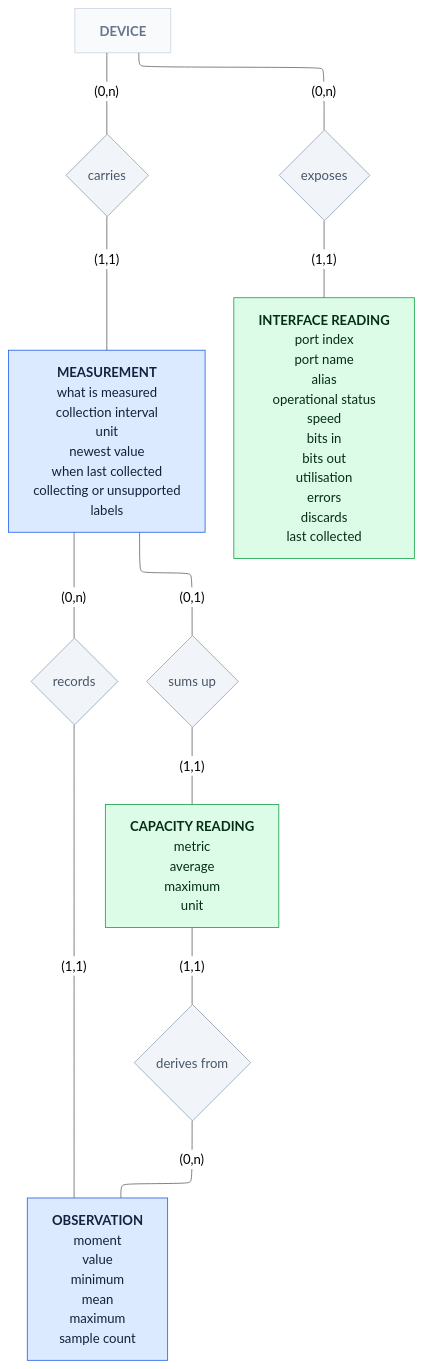
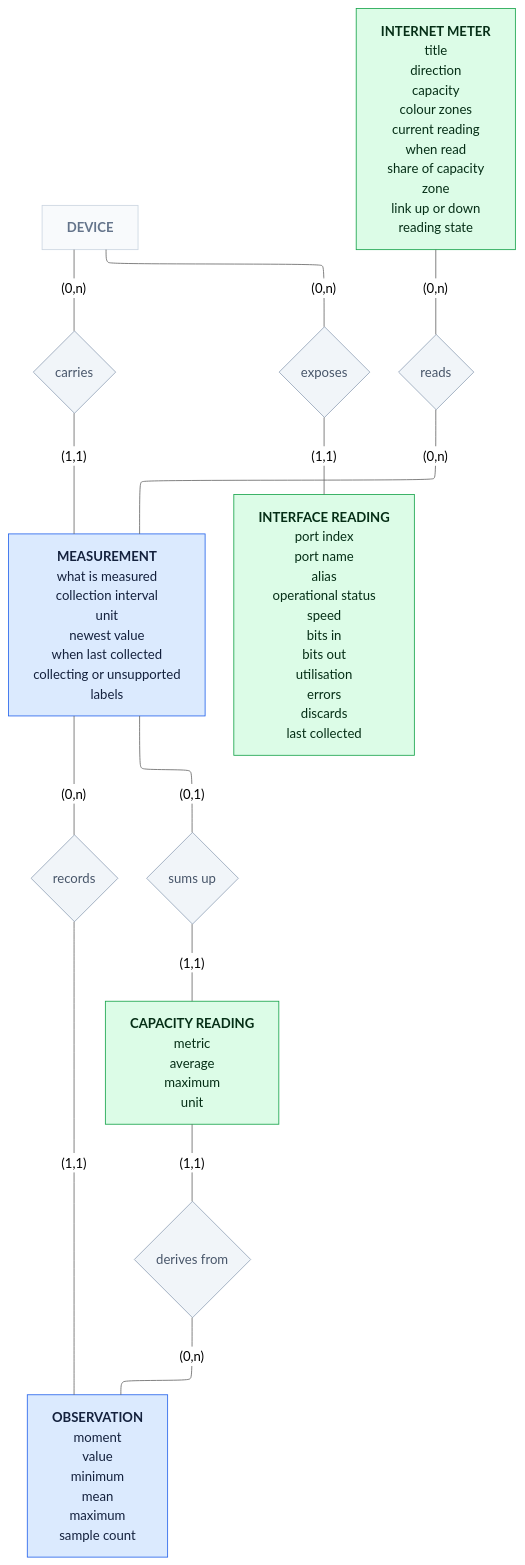
Before and after one commit to Fxkra28/Dashboard-Zabbix-Prototype: the third of 7 diagrams in docs/erd/conceptual/ERD-Conceptual.md, drawn with Mermaid (neutral theme). The commit also changed other lines of this file and 71 other files, not shown here.

````diff
--- a/docs/erd/conceptual/ERD-Conceptual.md
+++ b/docs/erd/conceptual/ERD-Conceptual.md
@@ -152,40 +152,44 @@
 ```mermaid
 ---
 config:
   layout: elk
 ---
 flowchart TB
     DEVICE["<b>DEVICE</b>"]
     MEASUREMENT["<b>MEASUREMENT</b><br>what is measured<br>collection interval<br>unit<br>newest value<br>when last collected<br>collecting or unsupported<br>labels"]
     OBSERVATION["<b>OBSERVATION</b><br>moment<br>value<br>minimum<br>mean<br>maximum<br>sample count"]
     INTERFACE_READING["<b>INTERFACE READING</b><br>port index<br>port name<br>alias<br>operational status<br>speed<br>bits in<br>bits out<br>utilisation<br>errors<br>discards<br>last collected"]
     CAPACITY_READING["<b>CAPACITY READING</b><br>metric<br>average<br>maximum<br>unit"]
+    INTERNET_METER["<b>INTERNET METER</b><br>title<br>direction<br>capacity<br>colour zones<br>current reading<br>when read<br>share of capacity<br>zone<br>link up or down<br>reading state"]
 
     R_CARRIES{"carries"}
     R_RECORDS{"records"}
     R_EXPOSES{"exposes"}
     R_SUMS{"sums up"}
     R_EVIDENCE{"derives from"}
+    R_READS{"reads"}
 
     DEVICE           ---|"(0,n)"| R_CARRIES
     R_CARRIES        ---|"(1,1)"| MEASUREMENT
     MEASUREMENT      ---|"(0,n)"| R_RECORDS
     R_RECORDS        ---|"(1,1)"| OBSERVATION
     DEVICE           ---|"(0,n)"| R_EXPOSES
     R_EXPOSES        ---|"(1,1)"| INTERFACE_READING
     MEASUREMENT      ---|"(0,1)"| R_SUMS
     R_SUMS           ---|"(1,1)"| CAPACITY_READING
     CAPACITY_READING ---|"(1,1)"| R_EVIDENCE
     R_EVIDENCE       ---|"(0,n)"| OBSERVATION
+    INTERNET_METER   ---|"(0,n)"| R_READS
+    R_READS          ---|"(0,n)"| MEASUREMENT
 
     classDef zbx     fill:#dbeafe,stroke:#2563eb,color:#14213d
     classDef derived fill:#dcfce7,stroke:#16a34a,color:#052e16
     classDef assoc   fill:#f1f5f9,stroke:#94a3b8,color:#475569
     classDef stub    fill:#f8fafc,stroke:#cbd5e1,color:#64748b
 
     class MEASUREMENT,OBSERVATION zbx
-    class CAPACITY_READING,INTERFACE_READING derived
+    class CAPACITY_READING,INTERFACE_READING,INTERNET_METER derived
     class DEVICE stub
     class R_CARRIES,R_EVIDENCE,R_EXPOSES,R_RECORDS assoc
-    class R_SUMS assoc
+    class R_READS,R_SUMS assoc
 ```
````
